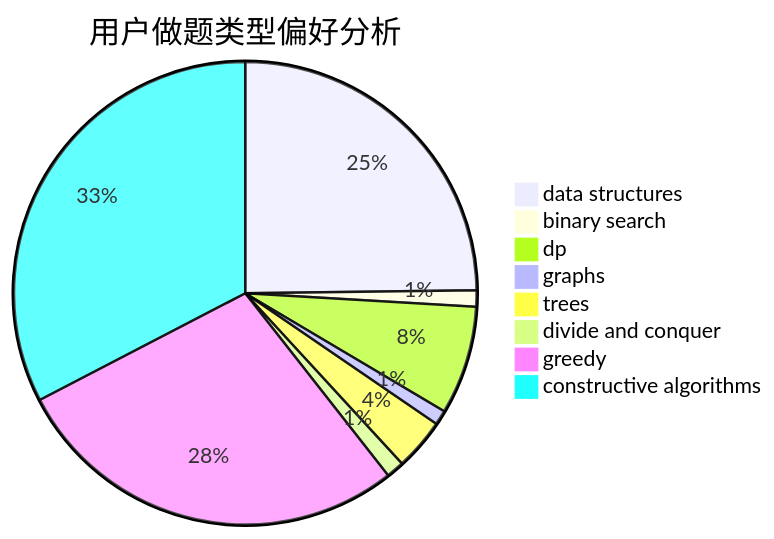
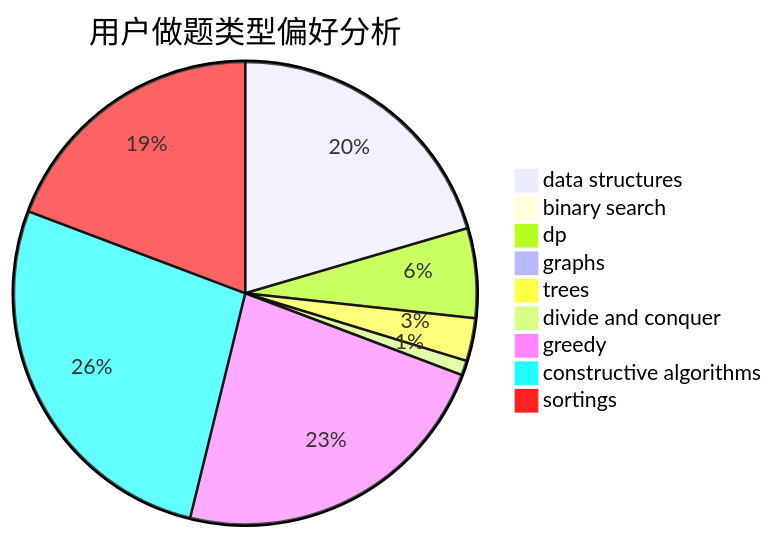
The second of 3 diagrams in docs/user/u892.md (sherpahu/cfrs.github.io), drawn with Mermaid before and after one commit. The commit also changed other lines of this file and 2769 other files, not shown here.

````diff
--- a/docs/user/u892.md
+++ b/docs/user/u892.md
@@ -23,11 +18,12 @@
 ```mermaid
 pie title 用户做题类型偏好分析
     "data structures" :  219
     "binary search" :  10
     "dp" :  67
     "graphs" :  9
     "trees" :  32
     "divide and conquer" :  11
     "greedy" :  247
     "constructive algorithms" :  288
+    "sortings" :  206
 ```
````
